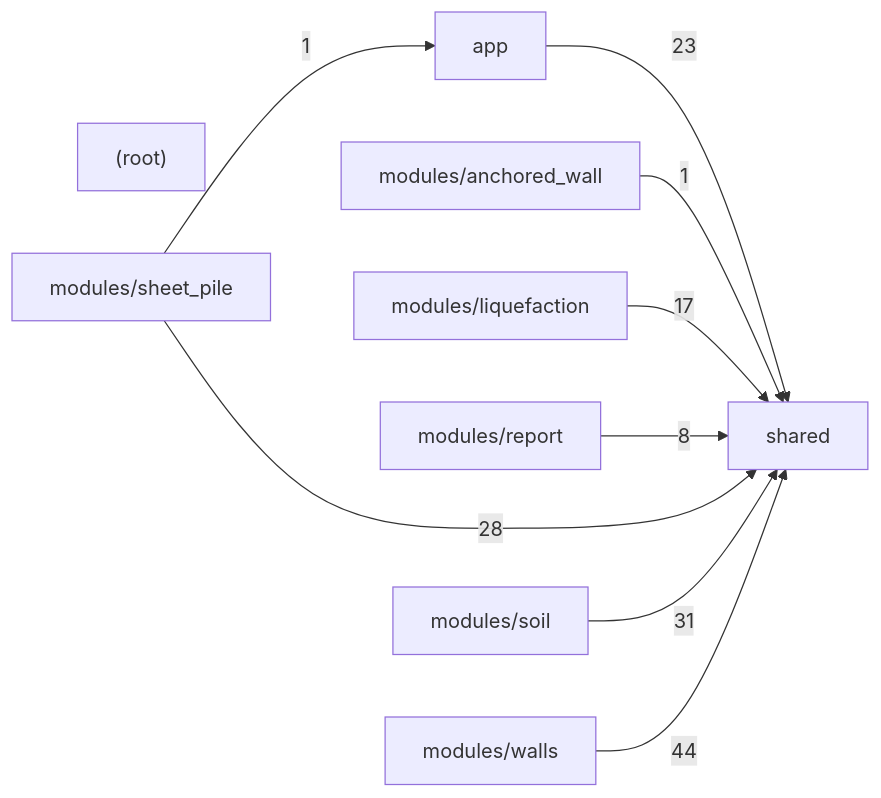
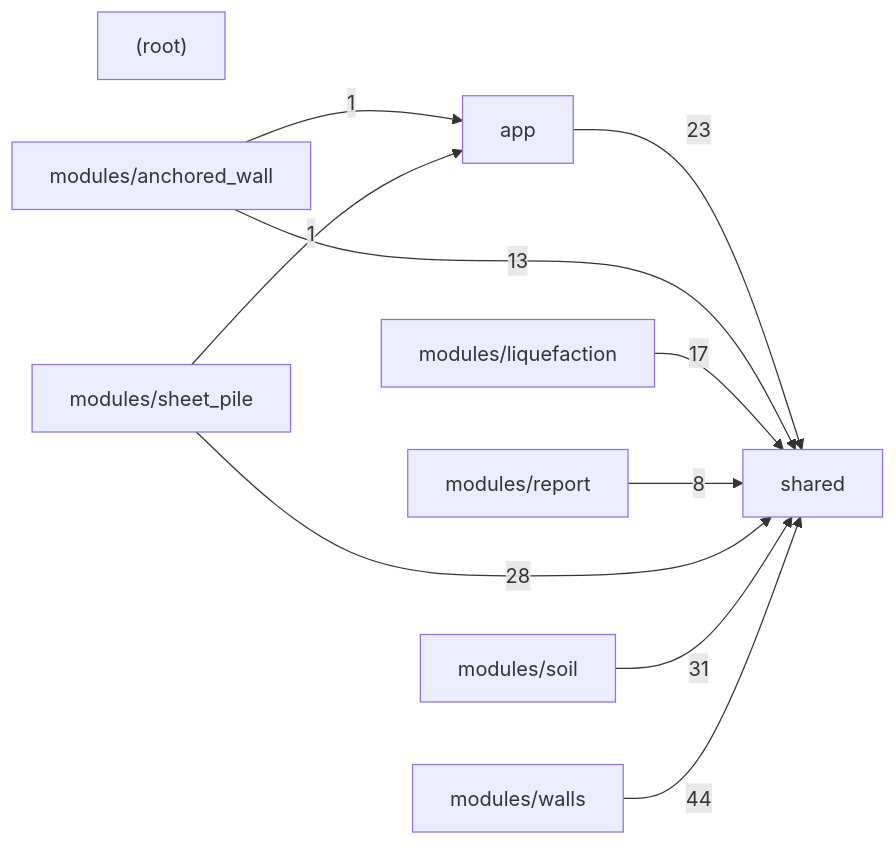
Before and after one commit to umutsertkaya/Foundation_Engineering_Program: the second of 2 diagrams in docs/CODE_MAP.md, drawn with Mermaid. The commit also changed other lines of this file and 31 other files, not shown here.

````diff
--- a/docs/CODE_MAP.md
+++ b/docs/CODE_MAP.md
@@ -592,20 +596,21 @@
 ```mermaid
 graph LR
   _root_["(root)"]
   app["app"]
   modules_anchored_wall["modules/anchored_wall"]
   modules_liquefaction["modules/liquefaction"]
   modules_report["modules/report"]
   modules_sheet_pile["modules/sheet_pile"]
   modules_soil["modules/soil"]
   modules_walls["modules/walls"]
   shared["shared"]
   app -->|23| shared
-  modules_anchored_wall -->|1| shared
+  modules_anchored_wall -->|1| app
+  modules_anchored_wall -->|13| shared
   modules_liquefaction -->|17| shared
   modules_report -->|8| shared
   modules_sheet_pile -->|1| app
   modules_sheet_pile -->|28| shared
   modules_soil -->|31| shared
   modules_walls -->|44| shared
 ```
````
